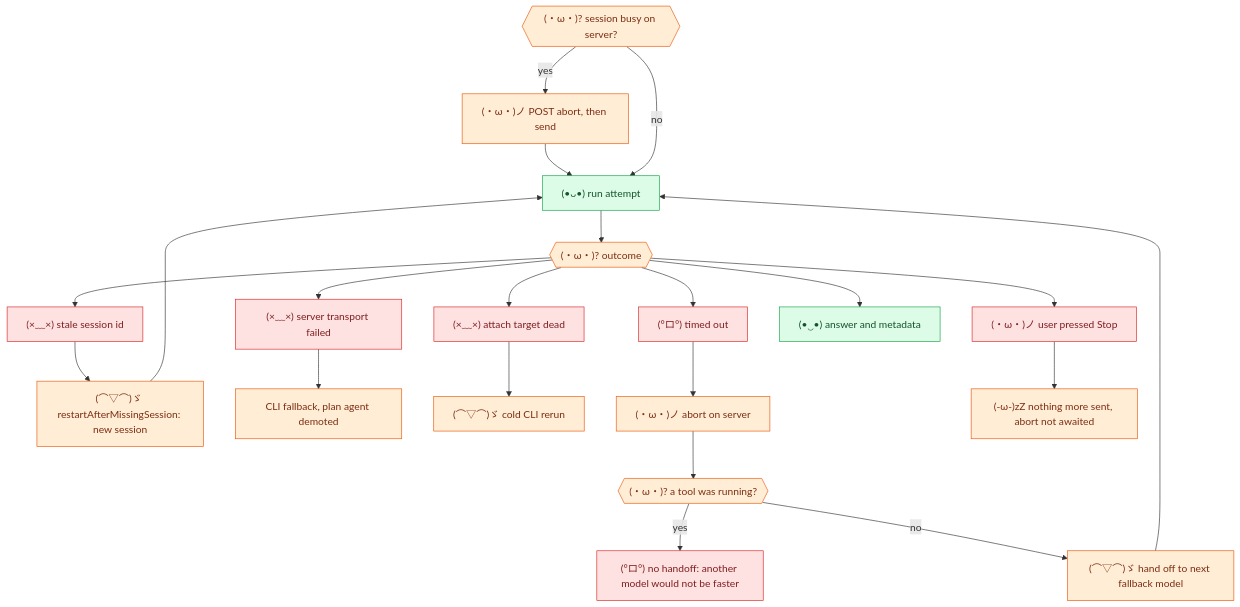
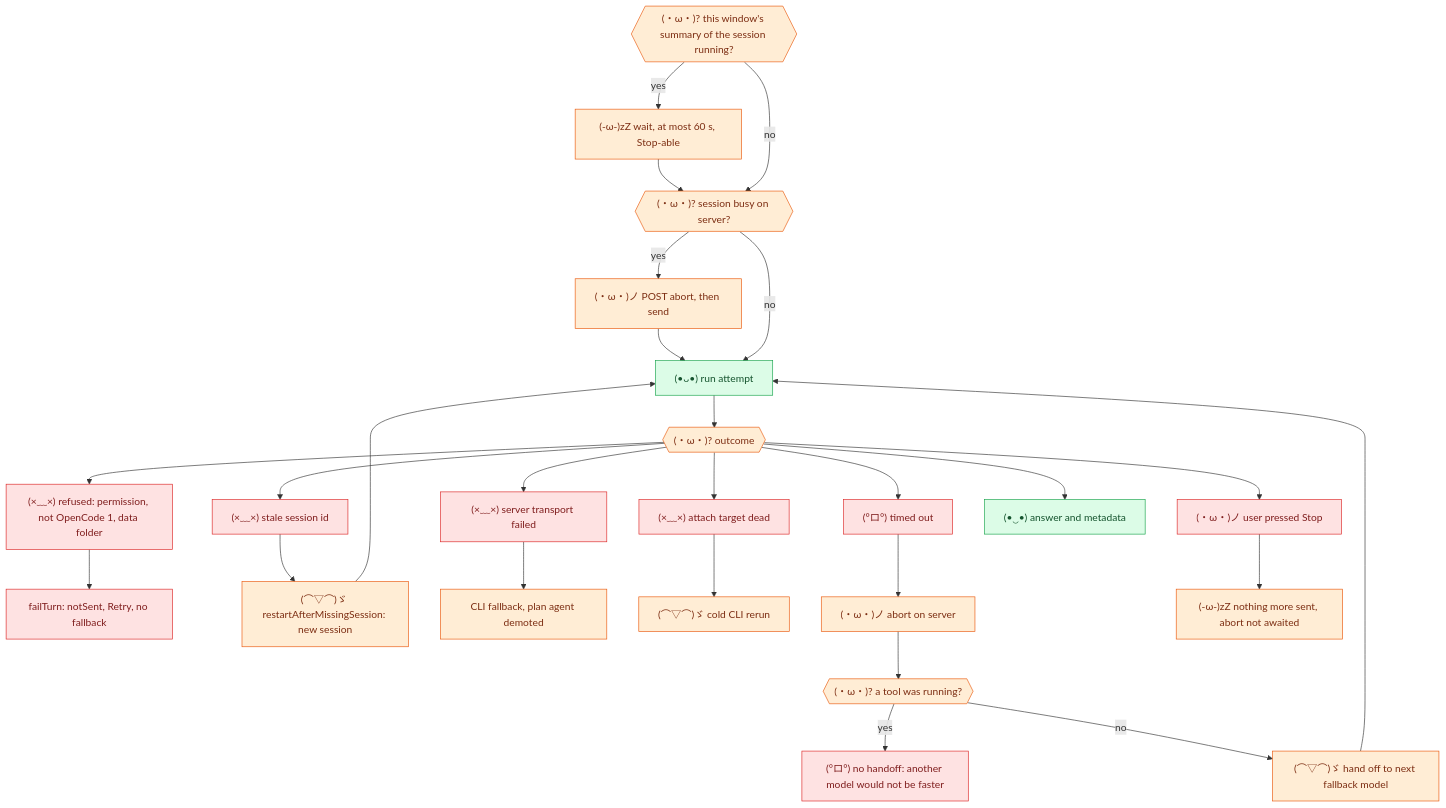
Before and after one commit to Artsrun/oc-copilot: the diagram in docs/flow/04-recovery.md, drawn with Mermaid. The commit also changed other lines of this file and 18 other files, not shown here.

First line of the commit message:
Docs: flow pages, README, AGENTS and notes brought up to 0.0.236

````diff
--- a/docs/flow/04-recovery.md
+++ b/docs/flow/04-recovery.md
@@ -7,39 +23,46 @@
 ```mermaid
 flowchart TD
   classDef bridge fill:#ffedd5,stroke:#ea580c,color:#7c2d12
   classDef oc fill:#dcfce7,stroke:#16a34a,color:#14532d
   classDef bad fill:#fee2e2,stroke:#dc2626,color:#7f1d1d
   classDef ok fill:#dcfce7,stroke:#16a34a,color:#14532d
 
+  SW{{"(・ω・)? this window's summary of the session running?"}}:::bridge
+  SWT["(-ω-)zZ wait, at most 60 s, Stop-able"]:::bridge
   B{{"(・ω・)? session busy on server?"}}:::bridge
   AB["(・ω・)ノ POST abort, then send"]:::bridge
   RUN["(•ᴗ•) run attempt"]:::oc
   O{{"(・ω・)? outcome"}}:::bridge
 
+  RF["(×﹏×) refused: permission, not OpenCode 1, data folder"]:::bad
+  RF2["failTurn: notSent, Retry, no fallback"]:::bad
   ST["(×﹏×) stale session id"]:::bad
   ST2["(⌒▽⌒)ゞ restartAfterMissingSession: new session"]:::bridge
   SF["(×﹏×) server transport failed"]:::bad
   SF2["CLI fallback, plan agent demoted"]:::bridge
   AF["(×﹏×) attach target dead"]:::bad
   AF2["(⌒▽⌒)ゞ cold CLI rerun"]:::bridge
   TO["(°ロ°) timed out"]:::bad
   TOA["(・ω・)ノ abort on server"]:::bridge
   SL{{"(・ω・)? a tool was running?"}}:::bridge
   NH["(°ロ°) no handoff: another model would not be faster"]:::bad
   HO["(⌒▽⌒)ゞ hand off to next fallback model"]:::bridge
   STP["(・ω・)ノ user pressed Stop"]:::bad
   STA["(-ω-)zZ nothing more sent, abort not awaited"]:::bridge
   OK["(•‿•) answer and metadata"]:::ok
 
+  SW -->|yes| SWT --> B
+  SW -->|no| B
   B -->|yes| AB --> RUN
   B -->|no| RUN
   RUN --> O
+  O --> RF --> RF2
   O --> ST --> ST2 --> RUN
   O --> SF --> SF2
   O --> AF --> AF2
   O --> TO --> TOA --> SL
   SL -->|yes| NH
   SL -->|no| HO --> RUN
   O --> STP --> STA
   O --> OK
 ```
````
